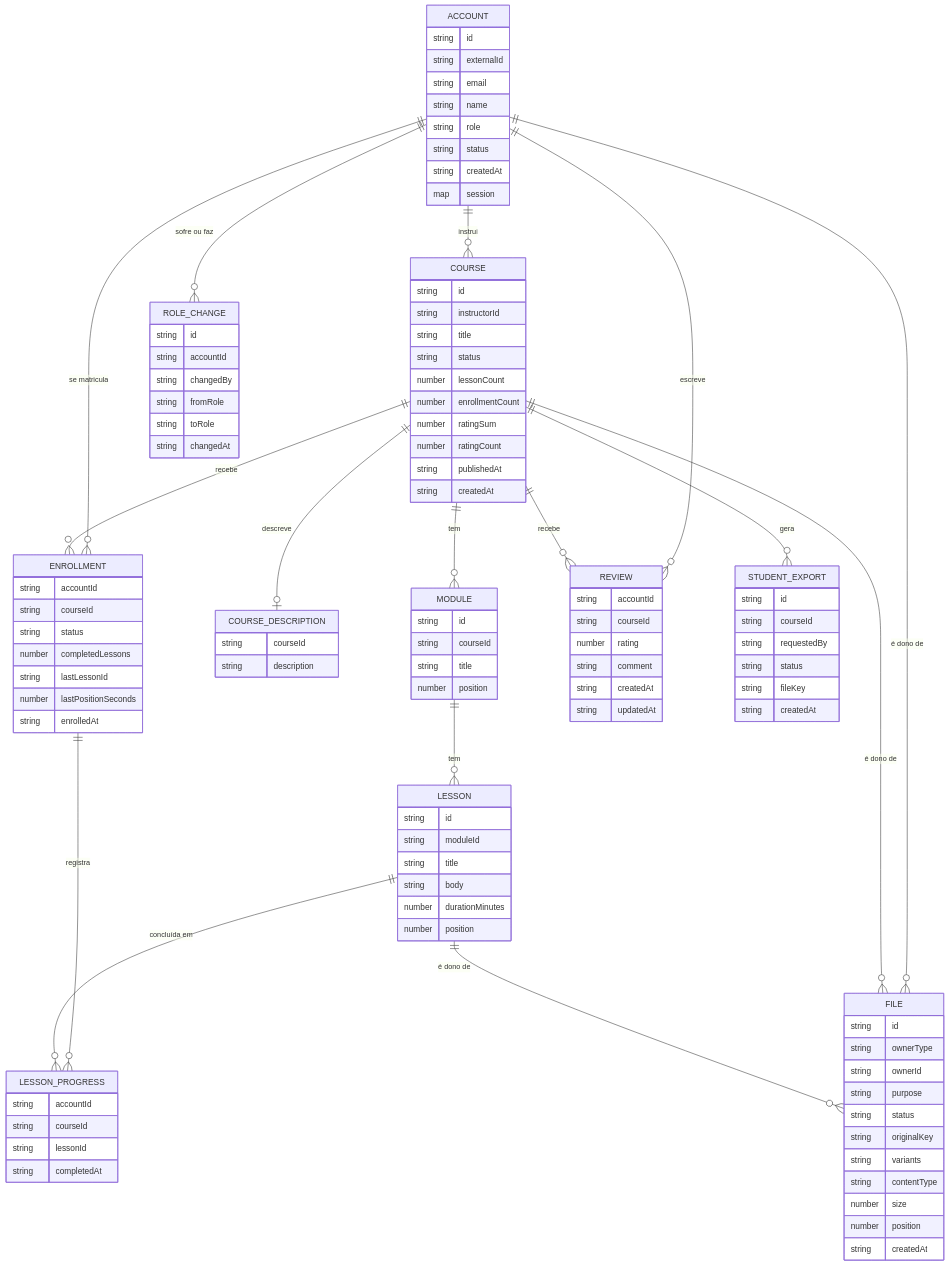
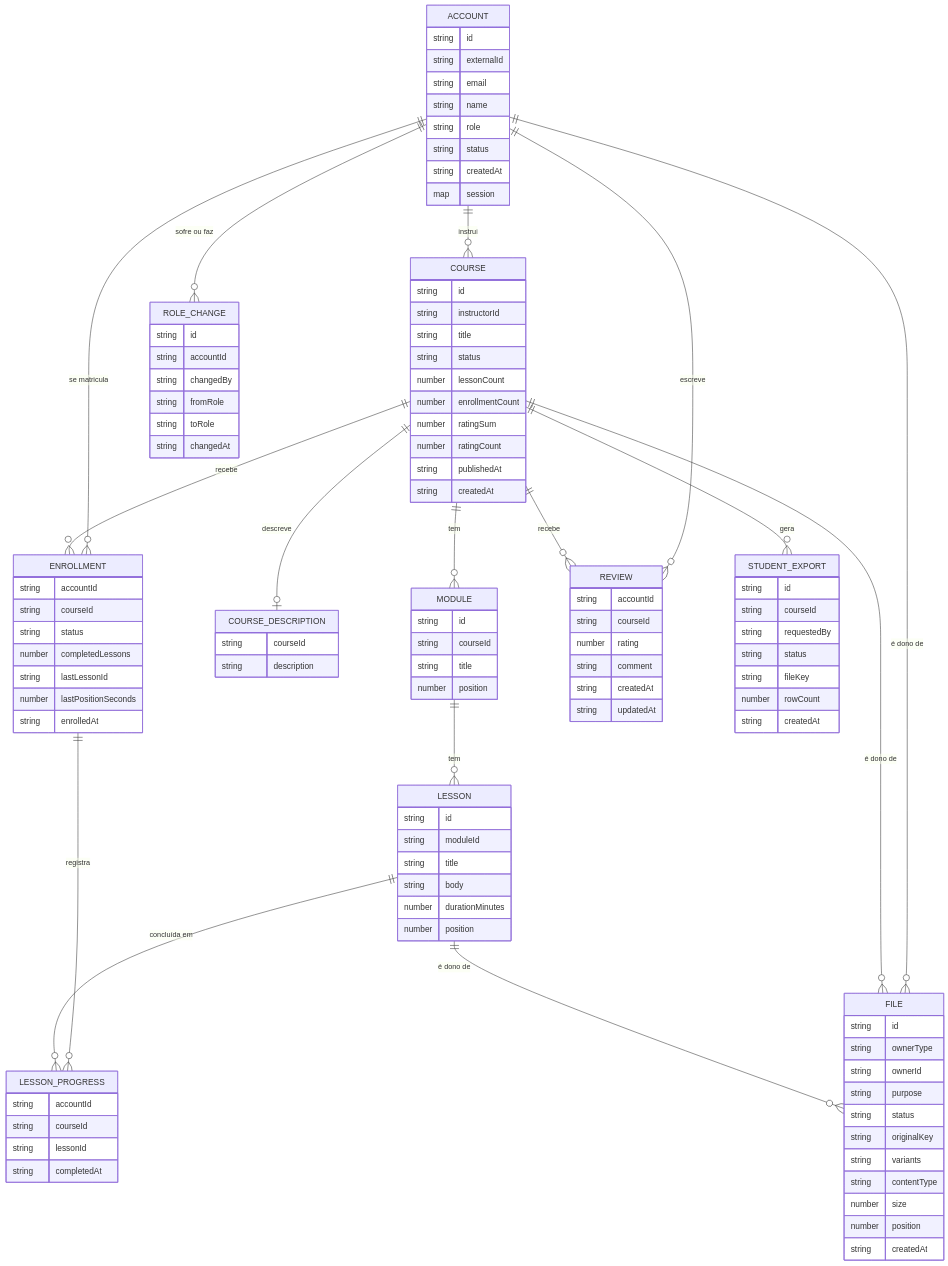
Before and after one commit to joaosoarees/coursary-api: the diagram in docs/data-model.md, drawn with Mermaid. The commit also changed other lines of this file, not shown here.

````diff
--- a/docs/data-model.md
+++ b/docs/data-model.md
@@ -116,6 +116,7 @@
     string requestedBy
     string status
     string fileKey
+    number rowCount
     string createdAt
   }
 ```
````
